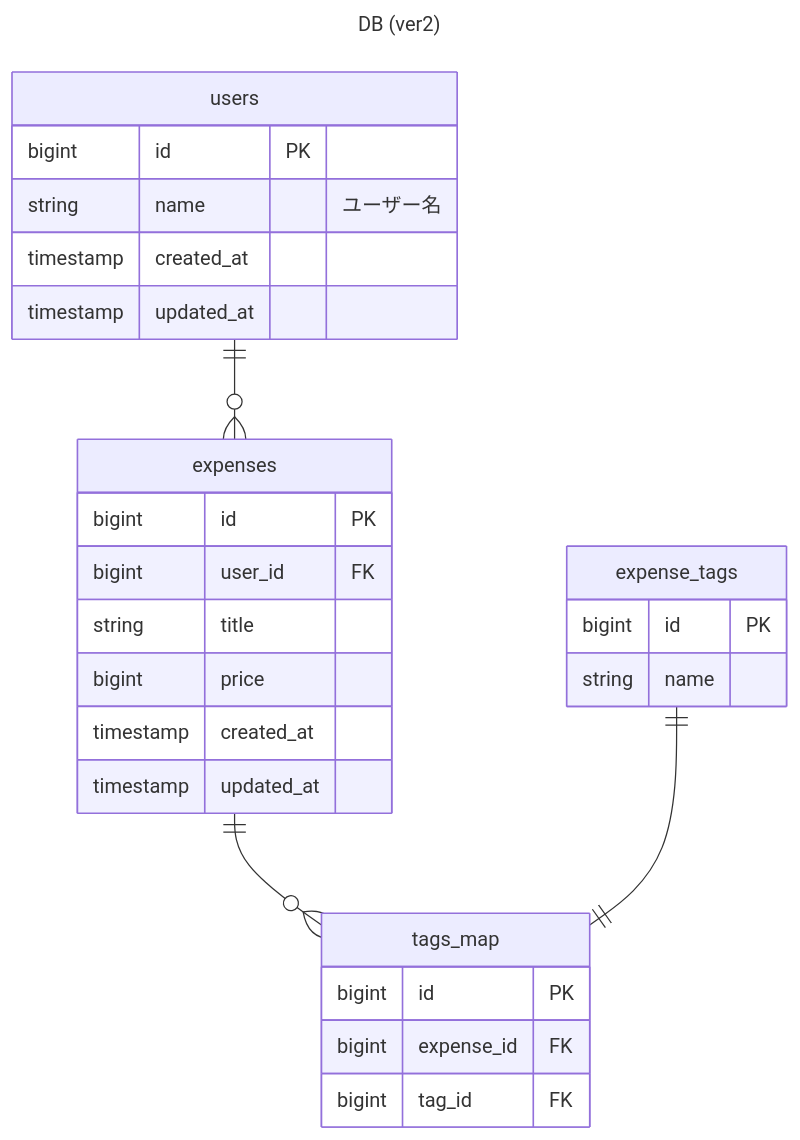
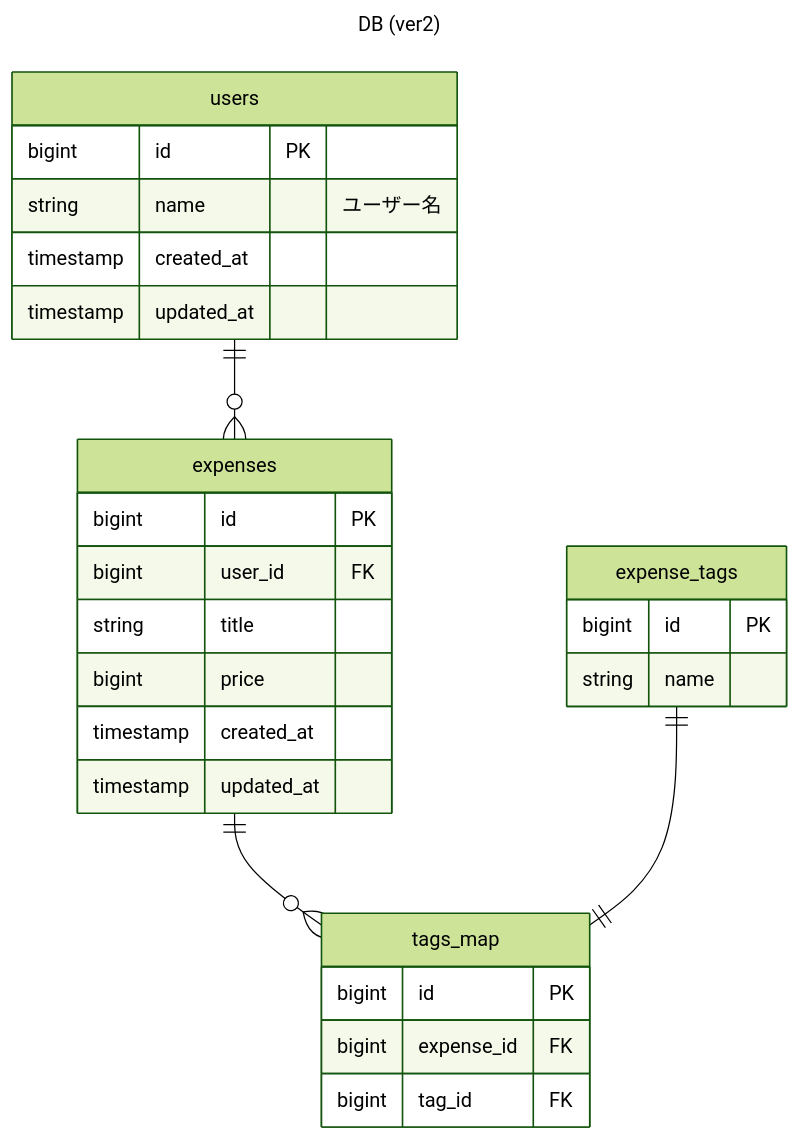
The second of 2 diagrams in docs/db.md (tf63/go-api), drawn with Mermaid before and after one commit. The commit also changed other lines of this file and 1 other file, not shown here.

Commit message:
chore: change mermaid theme

````diff
--- a/docs/db.md
+++ b/docs/db.md
@@ -29,36 +30,37 @@
 ```mermaid
 ---
 title: DB (ver2)
 ---
+%%{init:{'theme':'forest'}}%%
 erDiagram
     users ||--o{ expenses: ""
     expenses ||--o{ tags_map: ""
     expense_tags ||--|| tags_map: ""
     users {
         bigint id PK
         string name "ユーザー名"
         timestamp created_at
         timestamp updated_at
     }
 
     expenses {
         bigint id PK
         bigint user_id FK
         string title
         bigint price
         timestamp created_at
         timestamp updated_at
     }
 
     expense_tags {
         bigint id PK
         string name
     }
 
     tags_map {
         bigint id PK
         bigint expense_id FK
         bigint tag_id FK
     }
 
 ```
````
